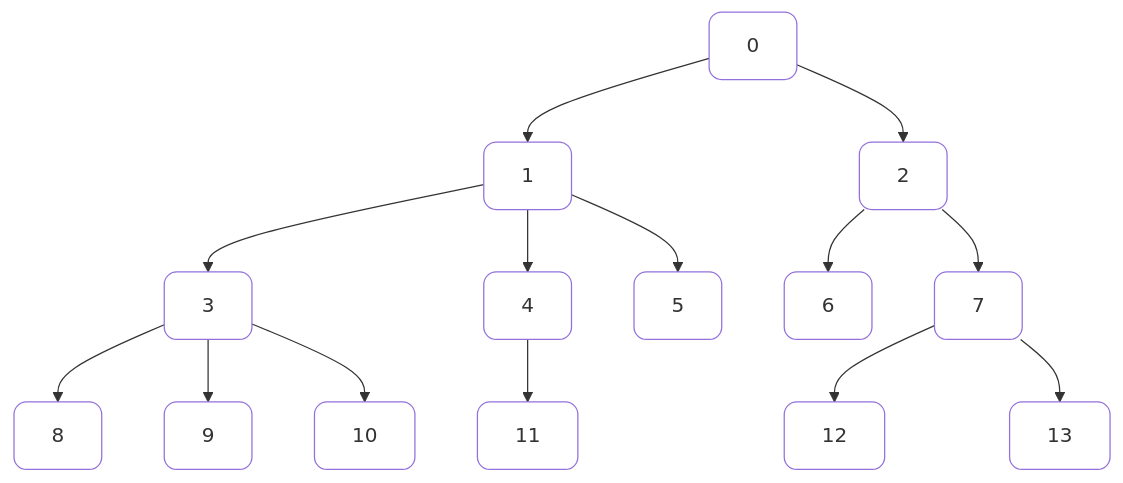
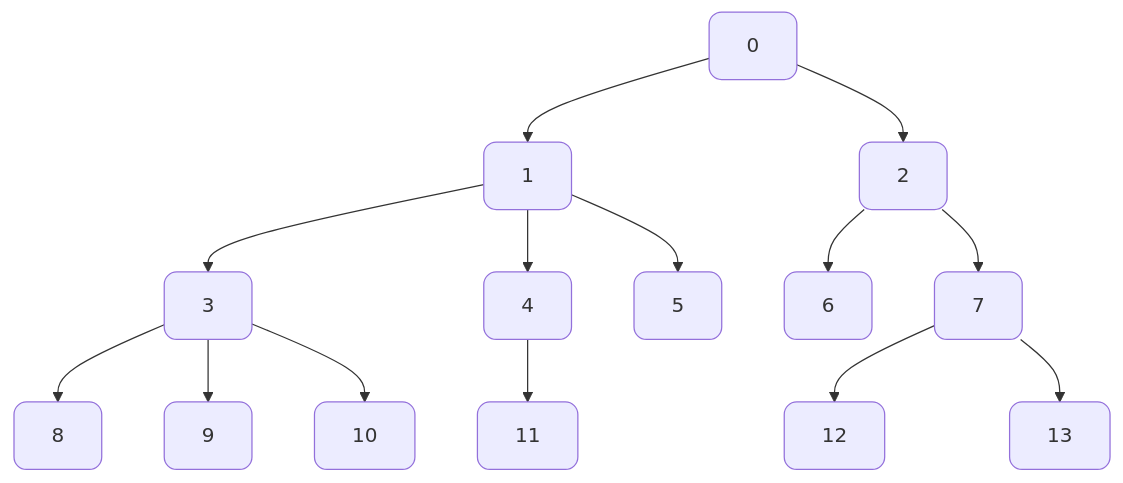
One commit to west7/EDA2 changed the seventh of 8 diagrams in docs/apostila/Grafos.md. Above: the diagram before and after it, drawn with Mermaid. The commit also changed other lines of this file and 15 other files, not shown here.

````diff
--- a/docs/apostila/Grafos.md
+++ b/docs/apostila/Grafos.md
@@ -173,13 +187,13 @@
 ```mermaid
 
     graph TD;
     0 --> 1 & 2;
     1 --> 5 & 3 & 4;
     2 --> 6 & 7;
     3 --> 8 & 9 & 10;
     4 --> 11;
     7 --> 12 & 13;
 
-    classDef myNodeStyle fill:#fff, stroke-width: 1px, rx: 10px, ry: 10px;
+    classDef myNodeStyle stroke-width: 1px, rx: 10px, ry: 10px;
     class 0,1,2,3,4,5,6,7,8,9,10,11,12,13 myNodeStyle;
 ```
````
